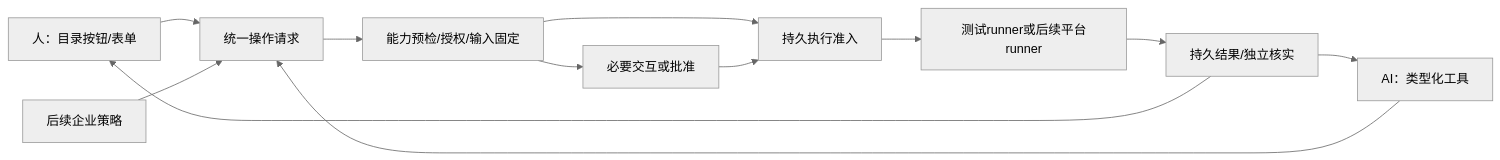
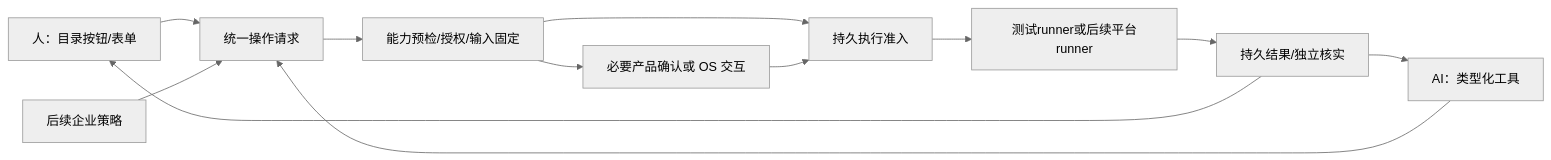
Before and after one commit to shengming0817/rss-mdm-agent: the diagram in docs/product/rss-mdm-agent-prd.md, drawn with Mermaid (neutral theme). The commit also changed other lines of this file and 153 other files, not shown here.

````diff
--- a/docs/product/rss-mdm-agent-prd.md
+++ b/docs/product/rss-mdm-agent-prd.md
@@ -182,14 +180,14 @@
 ```mermaid
 flowchart LR
   H[人：目录按钮/表单] --> R[统一操作请求]
   A[AI：类型化工具] --> R
   P[后续企业策略] --> R
   R --> G[能力预检/授权/输入固定]
-  G --> I[必要交互或批准]
+  G --> I[必要产品确认或 OS 交互]
   G --> J[持久执行准入]
   I --> J
   J --> E[测试runner或后续平台runner]
   E --> V[持久结果/独立核实]
   V --> H
   V --> A
 ```
````
